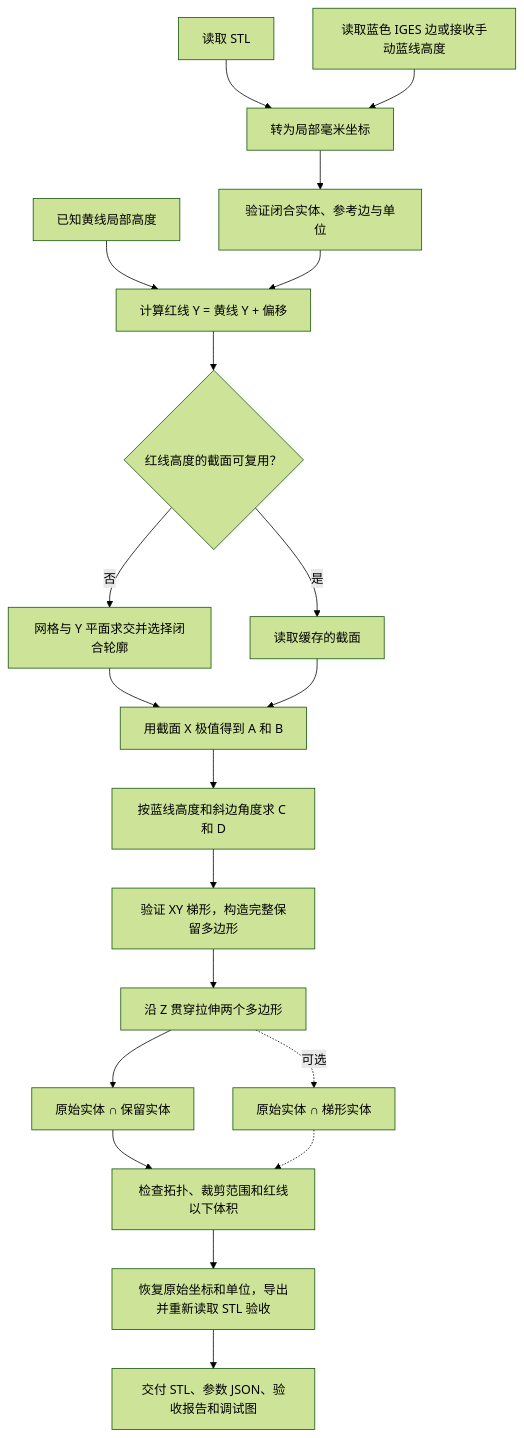
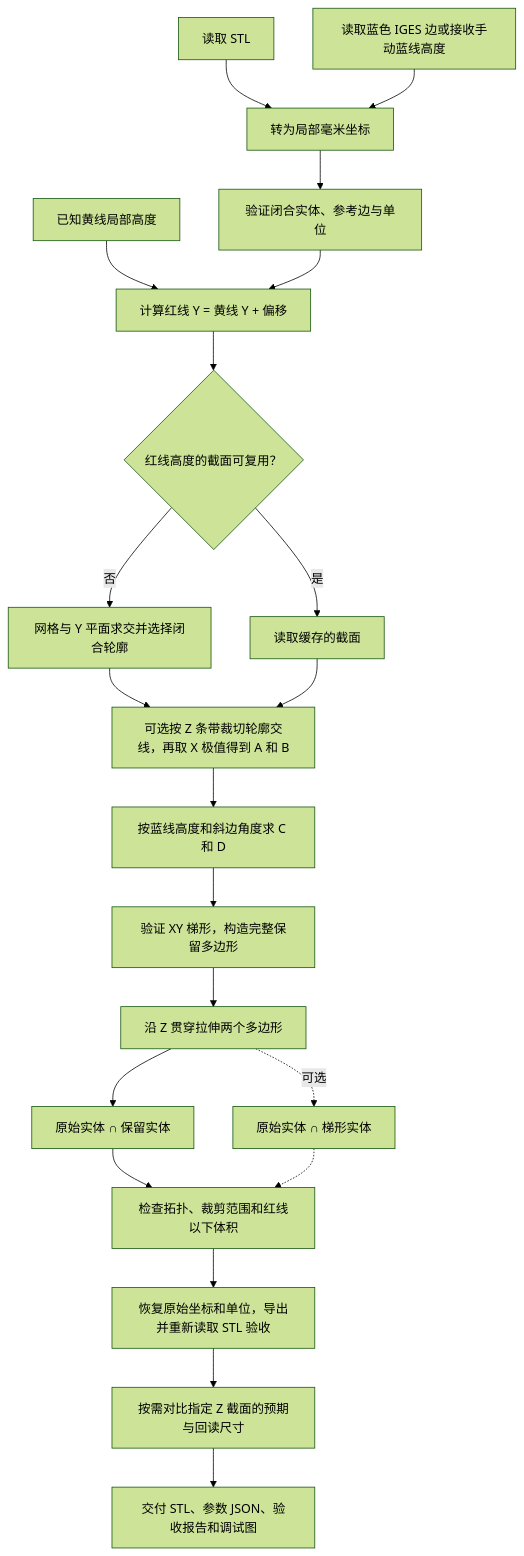
The diagram in docs/flowchart.md (randcap/TrapeGen), drawn with Mermaid (forest theme) before and after one commit. The commit also changed 42 other files, not shown here.

````diff
--- a/docs/flowchart.md
+++ b/docs/flowchart.md
@@ -3,22 +3,23 @@
 ```mermaid
 flowchart TD
     A["读取 STL"] --> T["转为局部毫米坐标"]
     B["读取蓝色 IGES 边或接收手动蓝线高度"] --> T
     Y["已知黄线局部高度"] --> R["计算红线 Y = 黄线 Y + 偏移"]
     T --> V["验证闭合实体、参考边与单位"]
     V --> R
     R --> S{"红线高度的截面可复用？"}
     S -- 否 --> I["网格与 Y 平面求交并选择闭合轮廓"]
     S -- 是 --> P["读取缓存的截面"]
-    I --> AB["用截面 X 极值得到 A 和 B"]
+    I --> AB["可选按 Z 条带裁切轮廓交线，再取 X 极值得到 A 和 B"]
     P --> AB
     AB --> CD["按蓝线高度和斜边角度求 C 和 D"]
     CD --> P2["验证 XY 梯形，构造完整保留多边形"]
     P2 --> Z["沿 Z 贯穿拉伸两个多边形"]
     Z --> F["原始实体 ∩ 保留实体"]
     Z -. 可选 .-> O["原始实体 ∩ 梯形实体"]
     F --> C["检查拓扑、裁剪范围和红线以下体积"]
     O -.-> C
     C --> E["恢复原始坐标和单位，导出并重新读取 STL 验收"]
-    E --> G["交付 STL、参数 JSON、验收报告和调试图"]
+    E --> M["按需对比指定 Z 截面的预期与回读尺寸"]
+    M --> G["交付 STL、参数 JSON、验收报告和调试图"]
 ```
````
